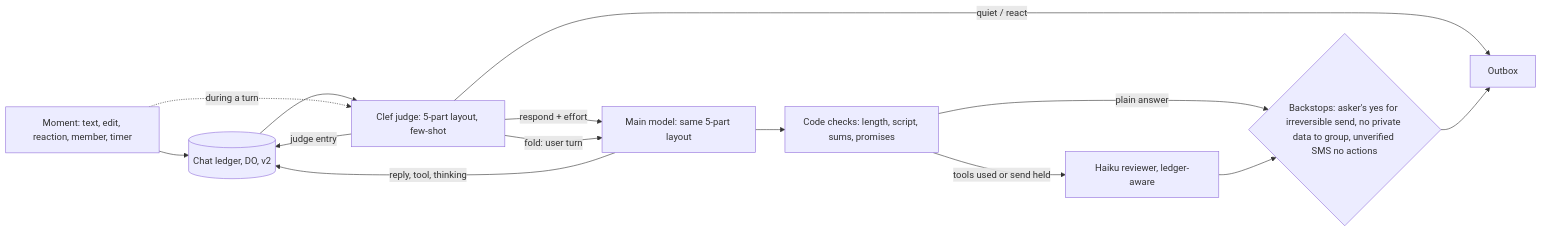
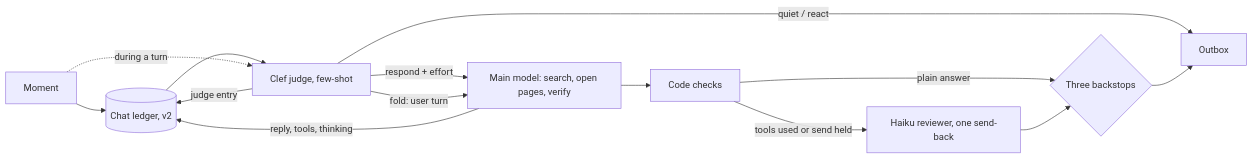
Before and after one commit to Supa-Media/context: the diagram in docs/decisions/texting-assistant/one-judge-one-record.md, drawn with Mermaid. The commit also changed other lines of this file, not shown here.

First line of the commit message:
docs: reframe Tex design around fewer gates and a researching main model

````diff
--- a/docs/decisions/texting-assistant/one-judge-one-record.md
+++ b/docs/decisions/texting-assistant/one-judge-one-record.md
@@ -137,16 +112,16 @@
 ```mermaid
 flowchart LR
-  M[Moment: text, edit, reaction, member, timer] --> L[(Chat ledger, DO, v2)]
-  L --> J[Clef judge: 5-part layout, few-shot]
+  M[Moment] --> L[(Chat ledger, v2)]
+  L --> J[Clef judge, few-shot]
   J -->|judge entry| L
   J -->|quiet / react| O[Outbox]
-  J -->|respond + effort| T[Main model: same 5-part layout]
+  J -->|respond + effort| T[Main model: search, open pages, verify]
   M -. during a turn .-> J
   J -->|fold: user turn| T
-  T --> K[Code checks: length, script, sums, promises]
-  K -->|tools used or send held| H[Haiku reviewer, ledger-aware]
+  T --> K[Code checks]
+  K -->|tools used or send held| H[Haiku reviewer, one send-back]
   K -->|plain answer| B
-  H --> B{Backstops: asker's yes for irreversible send, no private data to group, unverified SMS no actions}
+  H --> B{Three backstops}
   B --> O
-  T -->|reply, tool, thinking| L
+  T -->|reply, tools, thinking| L
 ```
````
